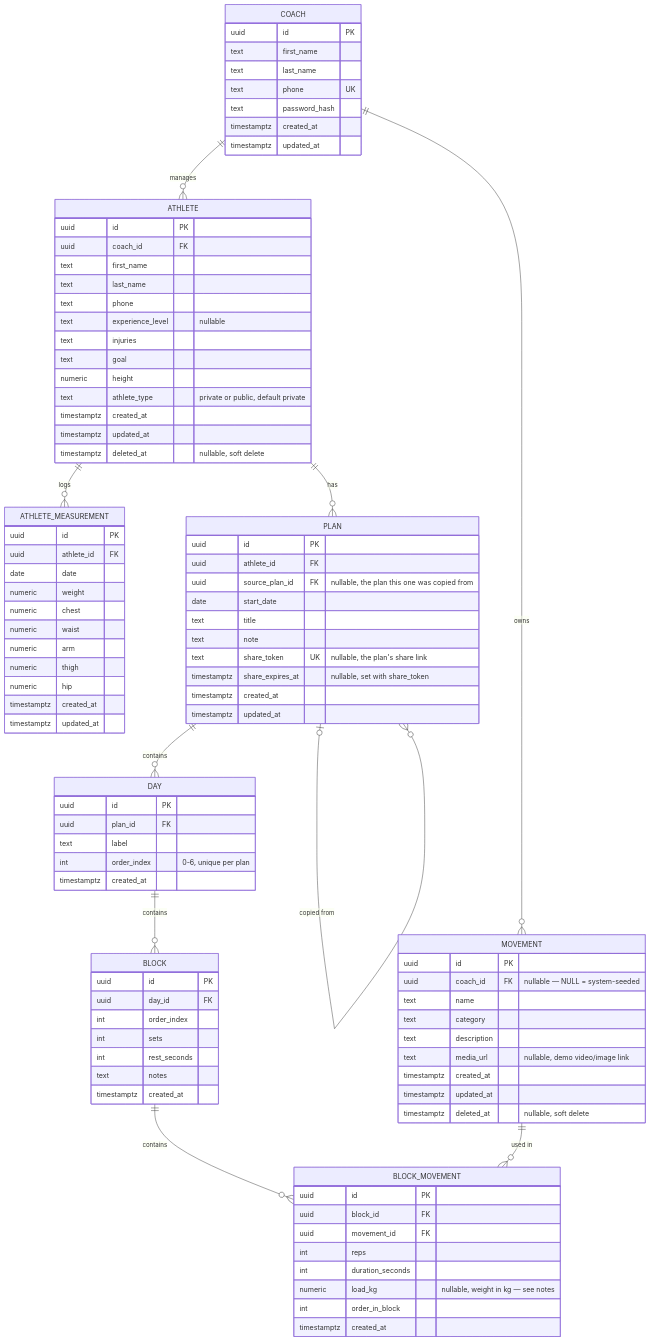
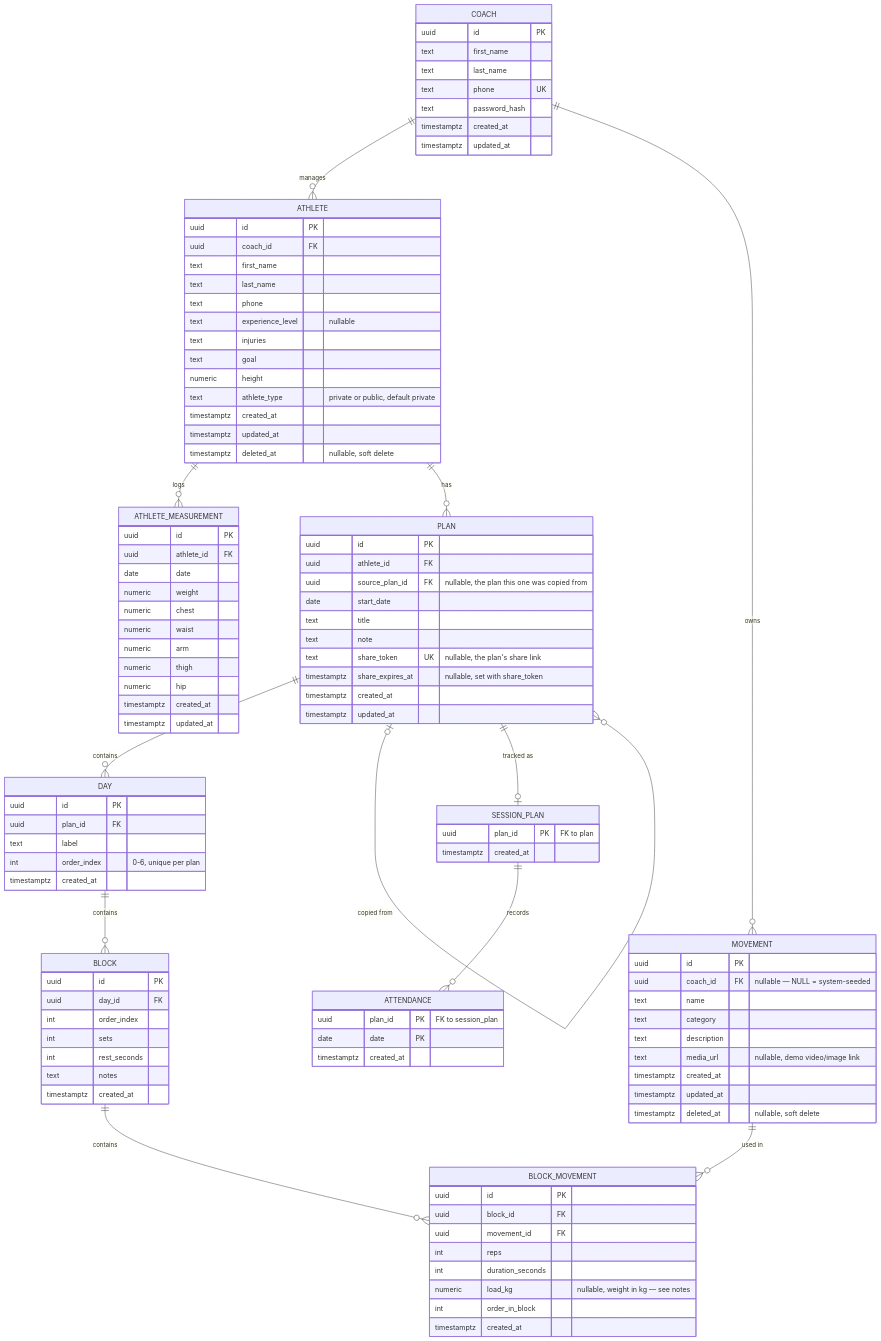
The diagram in docs/er-diagram.md (AbolfazlTayyar/GoGym), drawn with Mermaid before and after one commit. The commit also changed other lines of this file and 16 other files, not shown here.

```diff
--- a/docs/er-diagram.md
+++ b/docs/er-diagram.md
@@ -18,6 +18,8 @@
     DAY ||--o{ BLOCK : contains
     BLOCK ||--o{ BLOCK_MOVEMENT : contains
     MOVEMENT ||--o{ BLOCK_MOVEMENT : "used in"
+    PLAN ||--o| SESSION_PLAN : "tracked as"
+    SESSION_PLAN ||--o{ ATTENDANCE : records
 
     COACH {
         uuid id PK
@@ -101,6 +103,17 @@
         timestamptz created_at
     }
 
+    SESSION_PLAN {
+        uuid plan_id PK "FK to plan"
+        timestamptz created_at
+    }
+
+    ATTENDANCE {
+        uuid plan_id PK "FK to session_plan"
+        date date PK
+        timestamptz created_at
+    }
+
     MOVEMENT {
         uuid id PK
         uuid coach_id FK "nullable — NULL = system-seeded"
```
